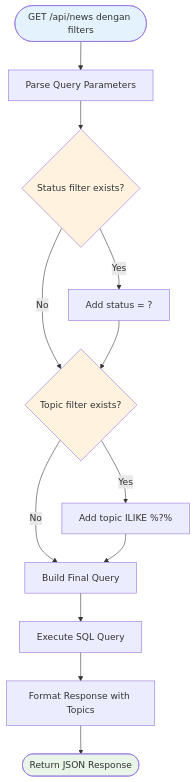
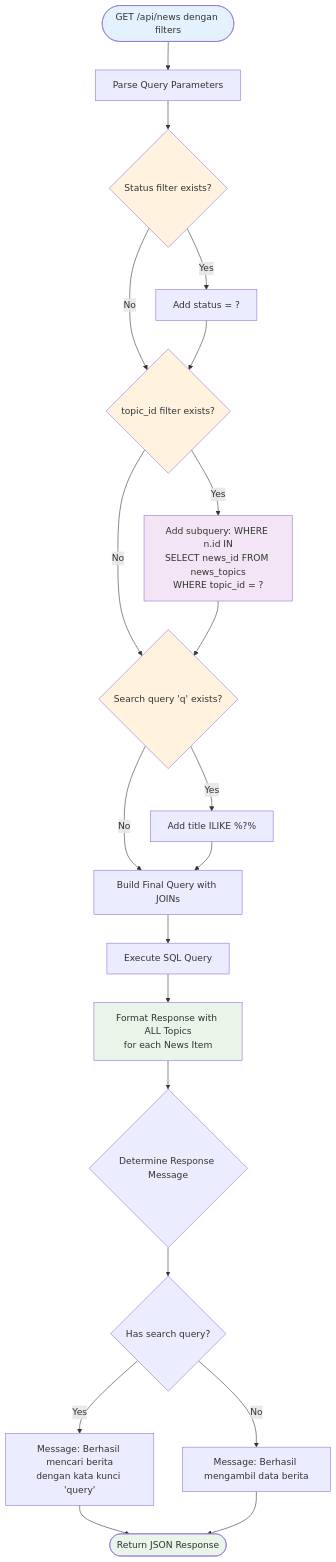
One commit to HeruHerdiansyah/test-zero-one-group changed the fourth of 9 diagrams in docs/SYSTEM_DESIGN.md. Above: the diagram before and after it, drawn with Mermaid. The commit also changed 7 other files, not shown here.

Commit message:
:art: Feat(News): Change filter by topic and add query search in get all news

````diff
--- a/docs/SYSTEM_DESIGN.md
+++ b/docs/SYSTEM_DESIGN.md
@@ -142,22 +142,36 @@
 ```mermaid
 flowchart TD
     Start([GET /api/news dengan filters]) --> ParseQuery[Parse Query Parameters]
     ParseQuery --> CheckStatus{Status filter exists?}
     
     CheckStatus -->|Yes| AddStatusFilter[Add status = ?]
-    CheckStatus -->|No| CheckTopic{Topic filter exists?}
+    CheckStatus -->|No| CheckTopicID{topic_id filter exists?}
     
-    AddStatusFilter --> CheckTopic
-    CheckTopic -->|Yes| AddTopicFilter[Add topic ILIKE %?%]
-    CheckTopic -->|No| BuildQuery[Build Final Query]
+    AddStatusFilter --> CheckTopicID
+    CheckTopicID -->|Yes| AddTopicIDFilter[Add subquery: WHERE n.id IN<br/>SELECT news_id FROM news_topics<br/>WHERE topic_id = ?]
+    CheckTopicID -->|No| CheckSearch{Search query 'q' exists?}
     
-    AddTopicFilter --> BuildQuery
+    AddTopicIDFilter --> CheckSearch
+    CheckSearch -->|Yes| AddSearchFilter[Add title ILIKE %?%]
+    CheckSearch -->|No| BuildQuery[Build Final Query with JOINs]
+    
+    AddSearchFilter --> BuildQuery
     BuildQuery --> ExecuteQuery[Execute SQL Query]
-    ExecuteQuery --> FormatResponse[Format Response with Topics]
-    FormatResponse --> End([Return JSON Response])
+    ExecuteQuery --> FormatResponse[Format Response with ALL Topics<br/>for each News Item]
+    FormatResponse --> CheckMessage{Determine Response Message}
+    
+    CheckMessage --> HasSearch{Has search query?}
+    HasSearch -->|Yes| SearchMessage[Message: Berhasil mencari berita<br/>dengan kata kunci 'query']
+    HasSearch -->|No| DefaultMessage[Message: Berhasil mengambil data berita]
+    
+    SearchMessage --> End([Return JSON Response])
+    DefaultMessage --> End
     
     style Start fill:#e3f2fd
     style End fill:#e8f5e8
     style CheckStatus fill:#fff3e0
-    style CheckTopic fill:#fff3e0
+    style CheckTopicID fill:#fff3e0
+    style CheckSearch fill:#fff3e0
+    style AddTopicIDFilter fill:#f3e5f5
+    style FormatResponse fill:#e8f5e8
 ```
````
